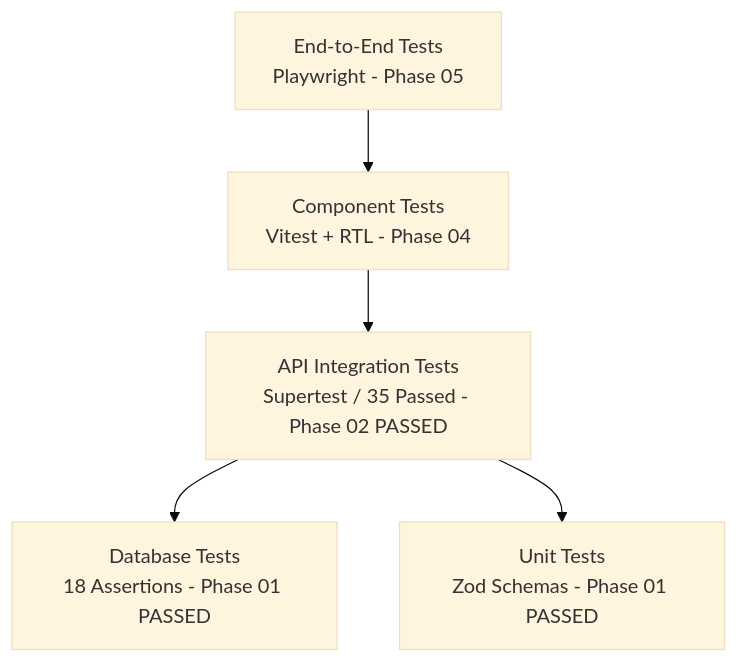
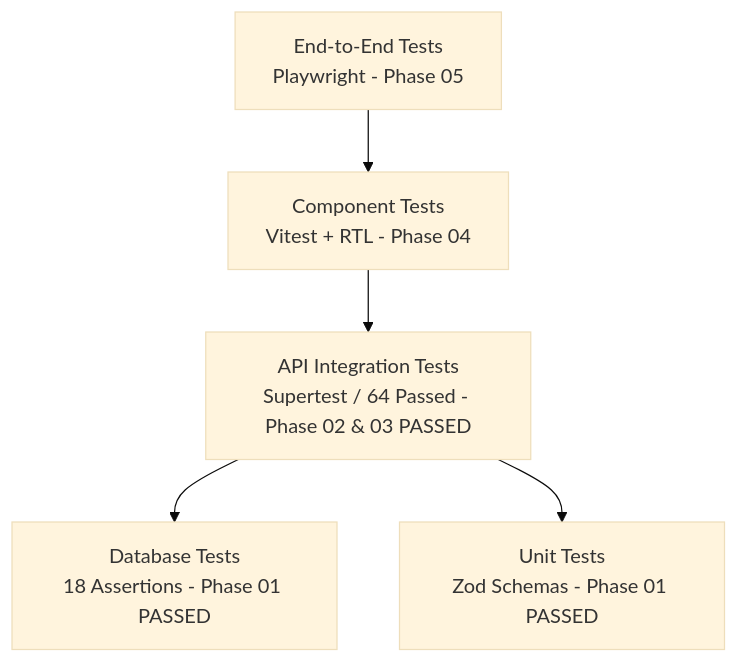
The diagram in docs/test-report.md (ragnarStark79/AnimeManager), drawn with Mermaid (base theme) before and after one commit. The commit also changed other lines of this file and 25 other files, not shown here.

````diff
--- a/docs/test-report.md
+++ b/docs/test-report.md
@@ -188,13 +255,13 @@
 ```mermaid
 graph TD
     E2E[End-to-End Tests<br/>Playwright - Phase 05]
     Comp[Component Tests<br/>Vitest + RTL - Phase 04]
-    Int[API Integration Tests<br/>Supertest / 35 Passed - Phase 02 PASSED]
+    Int[API Integration Tests<br/>Supertest / 64 Passed - Phase 02 & 03 PASSED]
     DB[Database Tests<br/>18 Assertions - Phase 01 PASSED]
     Unit[Unit Tests<br/>Zod Schemas - Phase 01 PASSED]
 
     E2E --> Comp
     Comp --> Int
     Int --> DB
     Int --> Unit
 ```
````
